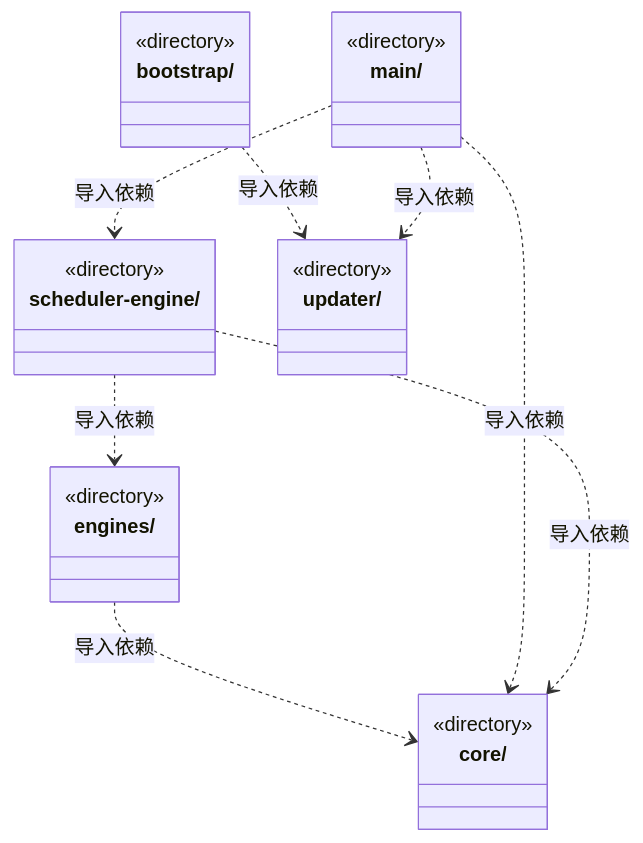
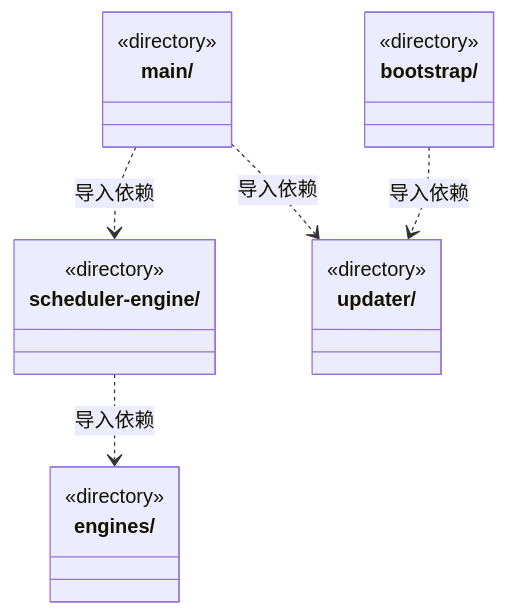
The first of 2 diagrams in src/backend/ARCHITECTURE.md (nan023062/cbim), drawn with Mermaid before and after one commit. The commit also changed other lines of this file and 1165 other files, not shown here.

````diff
--- a/src/backend/ARCHITECTURE.md
+++ b/src/backend/ARCHITECTURE.md
@@ -15,28 +15,22 @@
 ```mermaid
 classDiagram
 class N_src_backend_bootstrap["bootstrap/"] {
-  <<directory>>
-}
-class N_src_backend_core["core/"] {
   <<directory>>
 }
 class N_src_backend_engines["engines/"] {
   <<directory>>
 }
 class N_src_backend_main["main/"] {
   <<directory>>
 }
 class N_src_backend_scheduler_engine["scheduler-engine/"] {
   <<directory>>
 }
 class N_src_backend_updater["updater/"] {
   <<directory>>
 }
 N_src_backend_bootstrap ..> N_src_backend_updater : 导入依赖
-N_src_backend_engines ..> N_src_backend_core : 导入依赖
 N_src_backend_main ..> N_src_backend_scheduler_engine : 导入依赖
-N_src_backend_main ..> N_src_backend_core : 导入依赖
 N_src_backend_main ..> N_src_backend_updater : 导入依赖
-N_src_backend_scheduler_engine ..> N_src_backend_core : 导入依赖
 N_src_backend_scheduler_engine ..> N_src_backend_engines : 导入依赖
 ```
````
